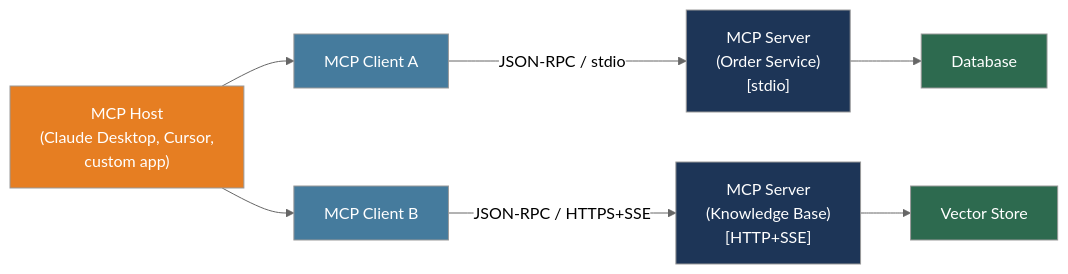
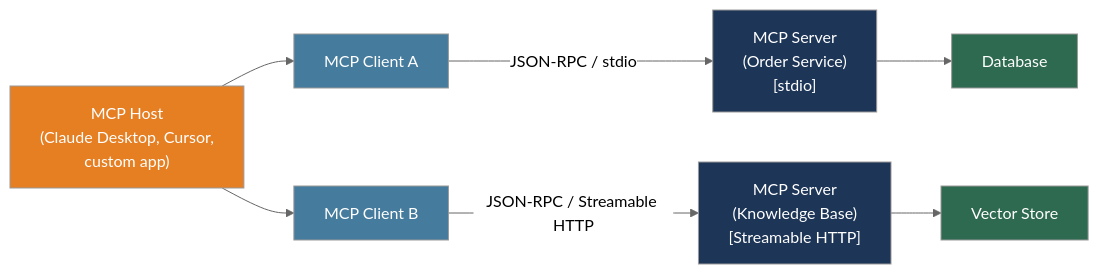
The diagram in docs/en/ai-backend-patterns/model-context-protocol-mcp.md (alivedise/backend-engineering-essentials), drawn with Mermaid (neutral theme) before and after one commit. The commit also changed other lines of this file and 1 other file, not shown here.

First line of the commit message:
docs(bee-30003): update MCP transport to Streamable HTTP

````diff
--- a/docs/en/ai-backend-patterns/model-context-protocol-mcp.md
+++ b/docs/en/ai-backend-patterns/model-context-protocol-mcp.md
@@ -163,25 +167,25 @@
 ```mermaid
 flowchart LR
     Host["MCP Host\n(Claude Desktop, Cursor,\ncustom app)"]
     ClientA["MCP Client A"]
     ClientB["MCP Client B"]
     ServerA["MCP Server\n(Order Service)\n[stdio]"]
-    ServerB["MCP Server\n(Knowledge Base)\n[HTTP+SSE]"]
+    ServerB["MCP Server\n(Knowledge Base)\n[Streamable HTTP]"]
     DB["Database"]
     KB["Vector Store"]
 
     Host --> ClientA
     Host --> ClientB
     ClientA -->|"JSON-RPC / stdio"| ServerA
-    ClientB -->|"JSON-RPC / HTTPS+SSE"| ServerB
+    ClientB -->|"JSON-RPC / Streamable HTTP"| ServerB
     ServerA --> DB
     ServerB --> KB
 
     style Host fill:#e67e22,color:#fff
     style ClientA fill:#457b9d,color:#fff
     style ClientB fill:#457b9d,color:#fff
     style ServerA fill:#1d3557,color:#fff
     style ServerB fill:#1d3557,color:#fff
     style DB fill:#2d6a4f,color:#fff
     style KB fill:#2d6a4f,color:#fff
 ```
````
